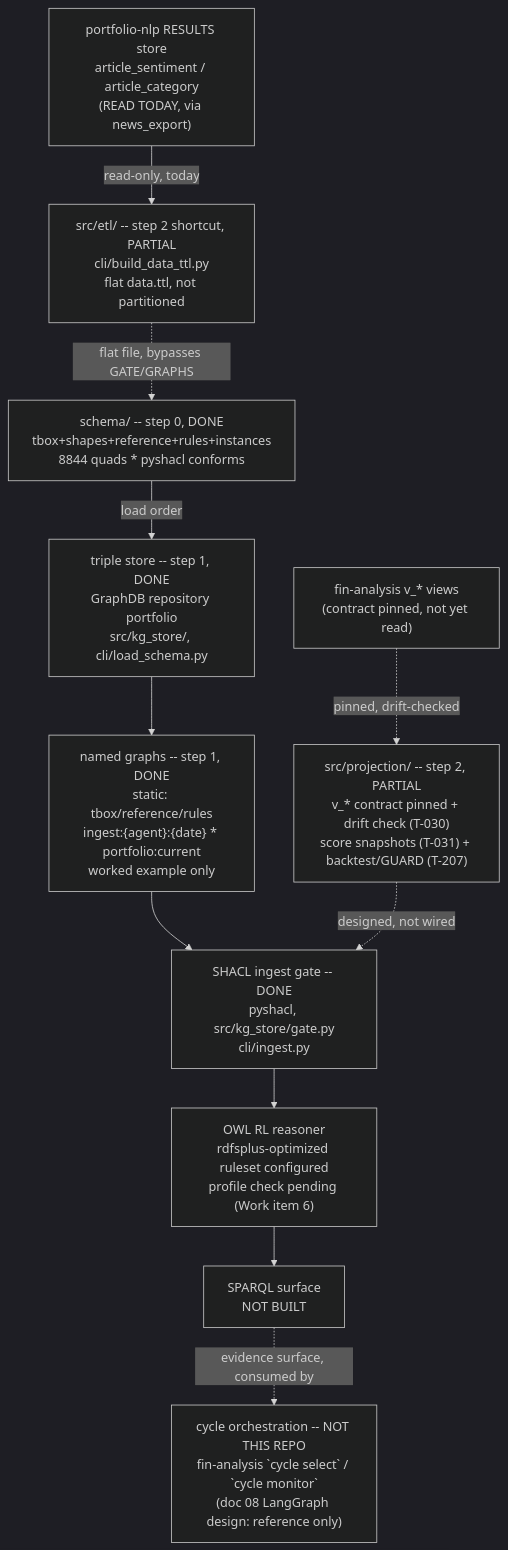
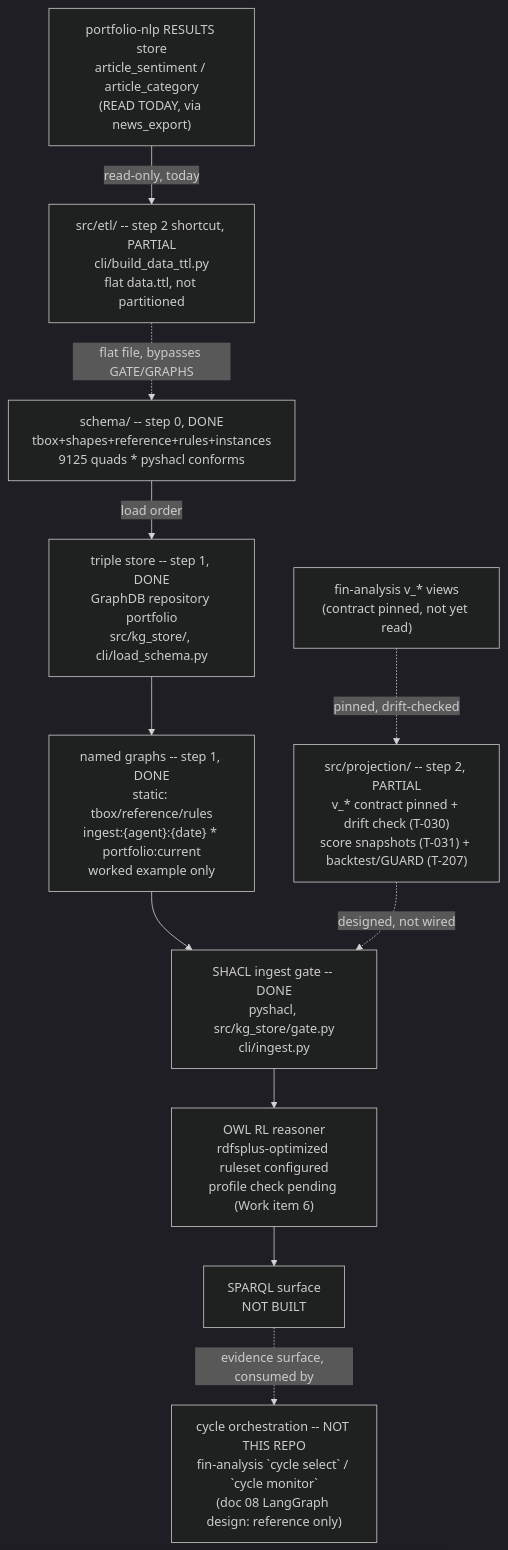
One commit to gamug/portfolio-knowledge-graph changed the diagram in .specify/memory/SPEC.md. Above: the diagram before and after it, drawn with Mermaid (dark theme). The commit also changed other lines of this file and 24 other files, not shown here.

````diff
--- a/.specify/memory/SPEC.md
+++ b/.specify/memory/SPEC.md
@@ -1044,22 +1044,22 @@
 ```mermaid
 flowchart TB
-    SCHEMA["schema/ -- step 0, DONE<br/>tbox+shapes+reference+rules+instances<br/>8844 quads * pyshacl conforms"]
+    SCHEMA["schema/ -- step 0, DONE<br/>tbox+shapes+reference+rules+instances<br/>9125 quads * pyshacl conforms"]
     STORE["triple store -- step 1, DONE<br/>GraphDB repository portfolio<br/>src/kg_store/, cli/load_schema.py"]
     GRAPHS["named graphs -- step 1, DONE<br/>static: tbox/reference/rules<br/>ingest:{agent}:{date} * portfolio:current<br/>worked example only"]
     GATE["SHACL ingest gate -- DONE<br/>pyshacl, src/kg_store/gate.py<br/>cli/ingest.py"]
     PROJ["src/projection/ -- step 2, PARTIAL<br/>v_* contract pinned + drift check (T-030)<br/>score snapshots (T-031) + backtest/GUARD (T-207)"]
     FIN["fin-analysis v_* views<br/>(contract pinned, not yet read)"]
     NLPRES["portfolio-nlp RESULTS store<br/>article_sentiment / article_category<br/>(READ TODAY, via news_export)"]
     ETL["src/etl/ -- step 2 shortcut, PARTIAL<br/>cli/build_data_ttl.py<br/>flat data.ttl, not partitioned"]
     REASON["OWL RL reasoner<br/>rdfsplus-optimized ruleset configured<br/>profile check pending (Work item 6)"]
     SPARQL["SPARQL surface<br/>NOT BUILT"]
     AGENTS["cycle orchestration -- NOT THIS REPO<br/>fin-analysis `cycle select` / `cycle monitor`<br/>(doc 08 LangGraph design: reference only)"]
 
     SCHEMA -->|load order| STORE --> GRAPHS --> GATE
     FIN -.->|pinned, drift-checked| PROJ
     PROJ -.->|designed, not wired| GATE
     NLPRES -->|read-only, today| ETL
     ETL -.->|flat file, bypasses GATE/GRAPHS| SCHEMA
     GATE --> REASON --> SPARQL
     SPARQL -.->|evidence surface, consumed by| AGENTS
 ```
````
